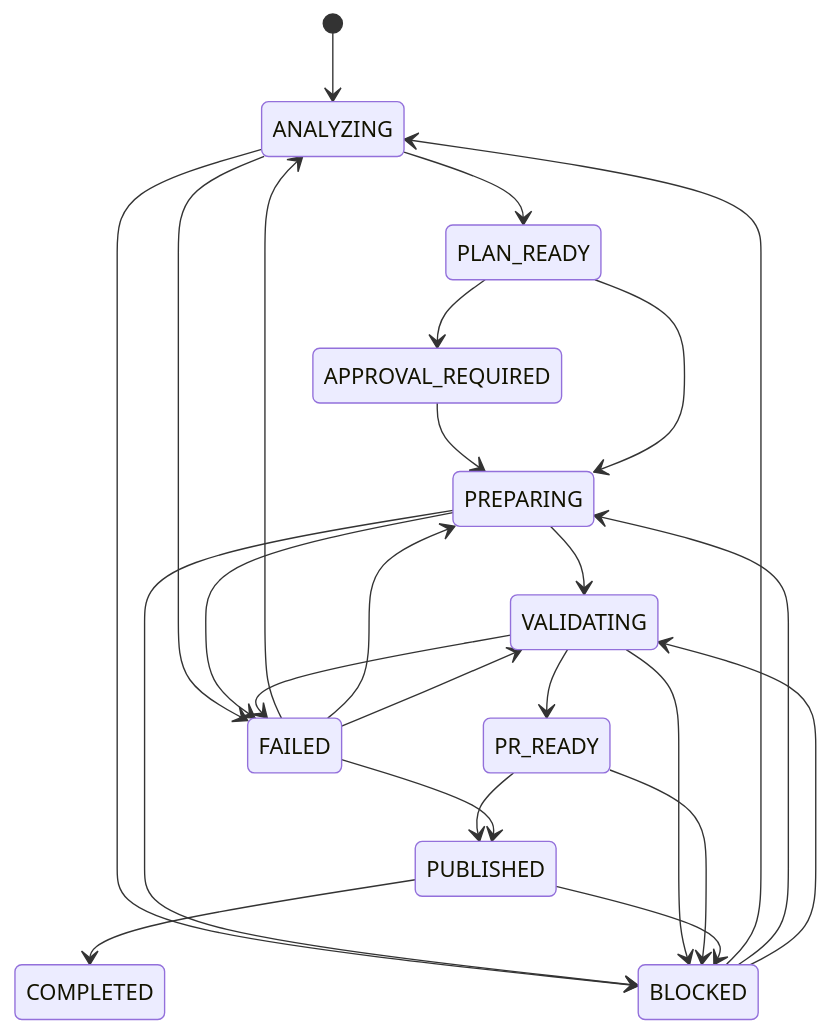
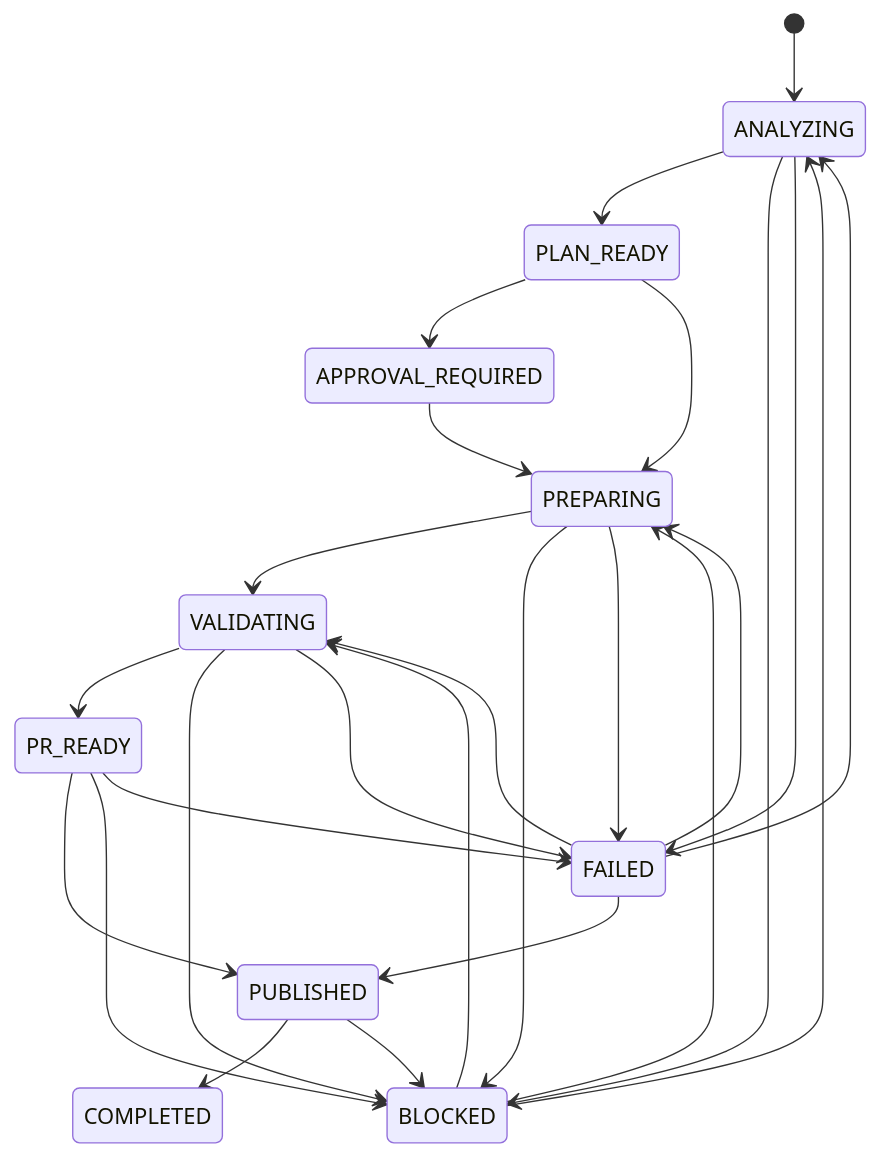
The diagram in docs/release-workflow.md (zaidmoen/library-release-orchestrator), drawn with Mermaid before and after one commit. The commit also changed other lines of this file and 5 other files, not shown here.

````diff
--- a/docs/release-workflow.md
+++ b/docs/release-workflow.md
@@ -26,27 +26,28 @@
 ```mermaid
 stateDiagram-v2
   [*] --> ANALYZING
   ANALYZING --> PLAN_READY
   ANALYZING --> BLOCKED
   ANALYZING --> FAILED
   PLAN_READY --> APPROVAL_REQUIRED
   APPROVAL_REQUIRED --> PREPARING
   PLAN_READY --> PREPARING
   PREPARING --> VALIDATING
   PREPARING --> BLOCKED
   PREPARING --> FAILED
   VALIDATING --> PR_READY
   VALIDATING --> BLOCKED
   VALIDATING --> FAILED
   PR_READY --> PUBLISHED
   PR_READY --> BLOCKED
+  PR_READY --> FAILED
   PUBLISHED --> COMPLETED
   PUBLISHED --> BLOCKED
   BLOCKED --> ANALYZING
   BLOCKED --> PREPARING
   BLOCKED --> VALIDATING
   FAILED --> ANALYZING
   FAILED --> PREPARING
   FAILED --> VALIDATING
   FAILED --> PUBLISHED
 ```
````
